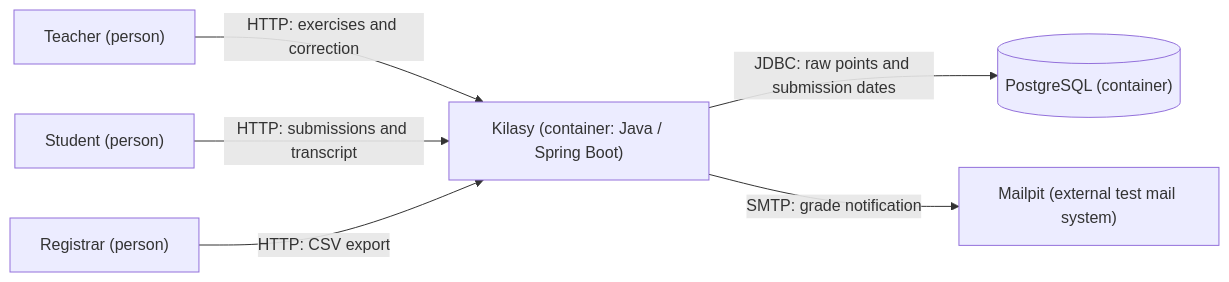
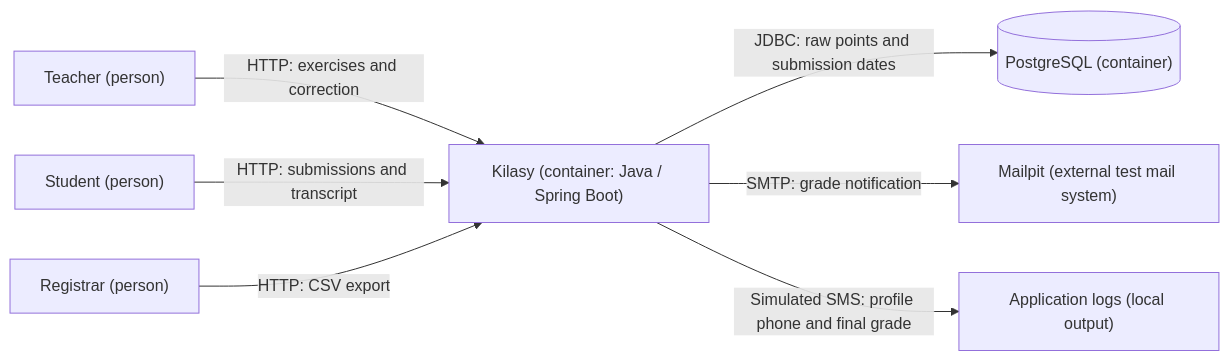
One commit to andriarison/hei-kilasy changed the diagram in docs/architecture.md. Above: the diagram before and after it, drawn with Mermaid. The commit also changed other lines of this file and 9 other files, not shown here.

````diff
--- a/docs/architecture.md
+++ b/docs/architecture.md
@@ -5,8 +5,9 @@
 ```mermaid
 flowchart LR
     teacher["Teacher (person)"] -->|"HTTP: exercises and correction"| app["Kilasy (container: Java / Spring Boot)"]
     student["Student (person)"] -->|"HTTP: submissions and transcript"| app
     registrar["Registrar (person)"] -->|"HTTP: CSV export"| app
     app -->|"JDBC: raw points and submission dates"| db[("PostgreSQL (container)")]
     app -->|"SMTP: grade notification"| mail["Mailpit (external test mail system)"]
+    app -->|"Simulated SMS: profile phone and final grade"| logs["Application logs (local output)"]
 ```
````
